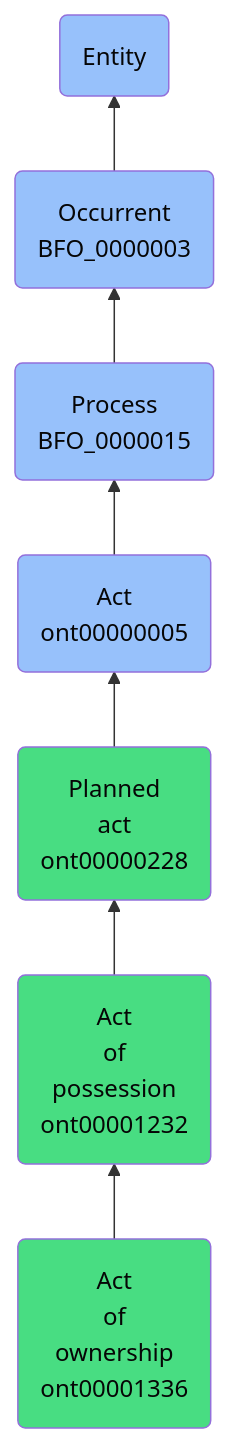
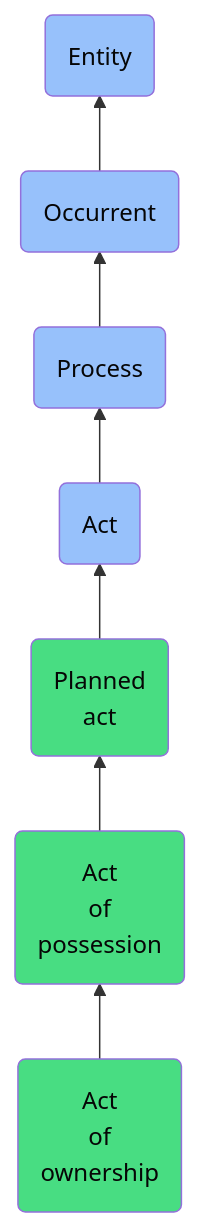
The diagram in docs/ontology/reference/model/Entity/Occurrent/Process/Act/Planned act/Act of possession/Act of ownership/Act of ownership.md (jupyter-naas/abi), drawn with Mermaid before and after one commit. The commit also changed other lines of this file and 1430 other files, not shown here.

````diff
--- a/docs/ontology/reference/model/Entity/Occurrent/Process/Act/Planned act/Act of possession/Act of ownership/Act of ownership.md
+++ b/docs/ontology/reference/model/Entity/Occurrent/Process/Act/Planned act/Act of possession/Act of ownership/Act of ownership.md
@@ -24,14 +24,14 @@
 ```mermaid
 graph BT
-    ont00001336(Act<br>of<br>ownership<br>ont00001336):::ABI-->ont00001232
-    ont00001232(Act<br>of<br>possession<br>ont00001232):::ABI-->ont00000228
-    ont00000228(Planned<br>act<br>ont00000228):::ABI-->ont00000005
-    ont00000005(Act<br>ont00000005):::BFO-->BFO_0000015
-    BFO_0000015(Process<br>BFO_0000015):::BFO-->BFO_0000003
-    BFO_0000003(Occurrent<br>BFO_0000003):::BFO-->BFO_0000001
+    ont00001336(Act<br>of<br>ownership):::ABI-->ont00001232
+    ont00001232(Act<br>of<br>possession):::ABI-->ont00000228
+    ont00000228(Planned<br>act):::ABI-->ont00000005
+    ont00000005(Act):::BFO-->BFO_0000015
+    BFO_0000015(Process):::BFO-->BFO_0000003
+    BFO_0000003(Occurrent):::BFO-->BFO_0000001
     BFO_0000001(Entity):::BFO
     
     classDef BFO fill:#97c1fb,color:#060606
     classDef CCO fill:#e4c51e,color:#060606
     classDef ABI fill:#48DD82,color:#060606
 ```
````
